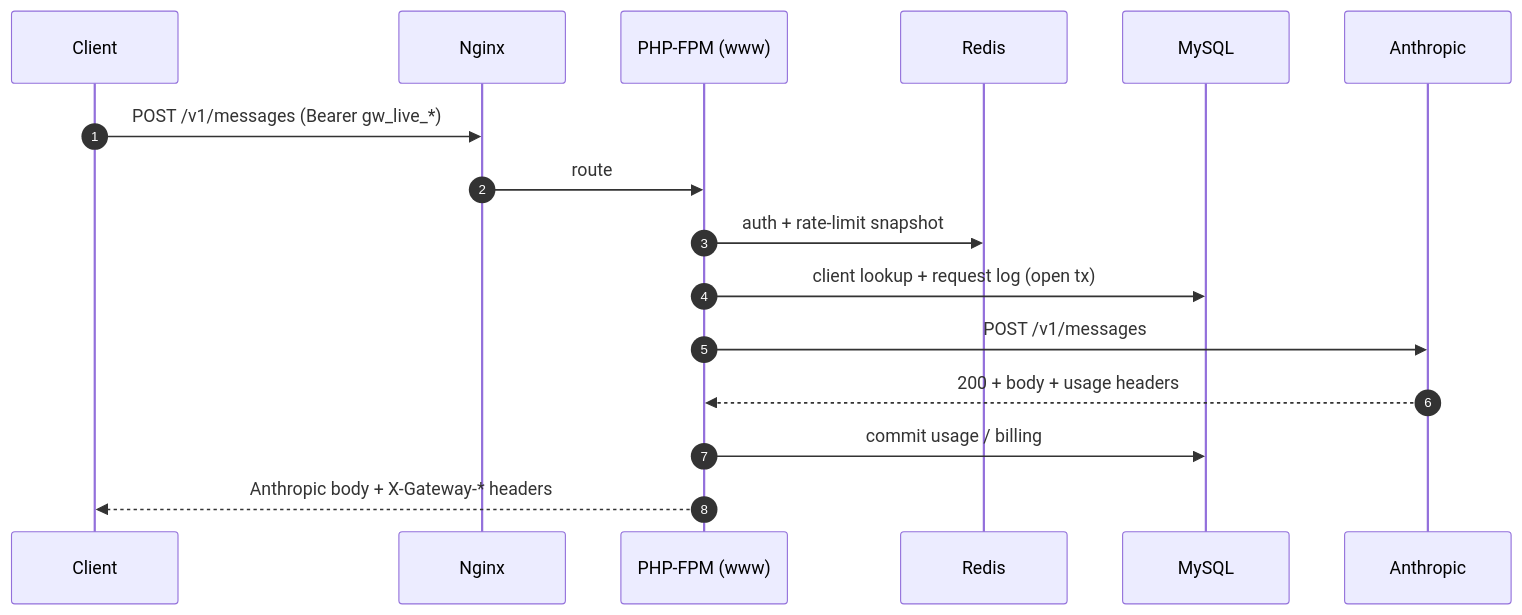
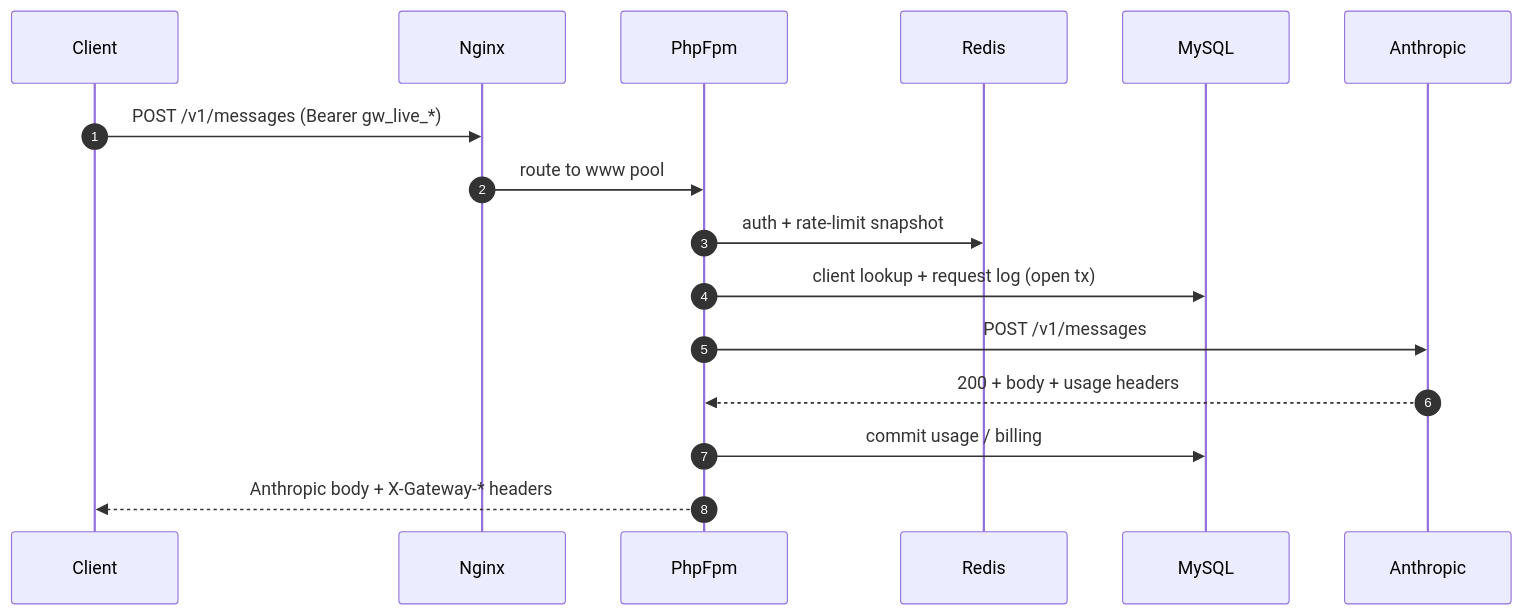
Before and after one commit to Mikhail-Litvintsev/llm_gateway: the first of 2 diagrams in README.md, drawn with Mermaid. The commit also changed other lines of this file, not shown here.

First line of the commit message:
docs(readme): use descriptive participant names in mermaid diagrams

````diff
--- a/README.md
+++ b/README.md
@@ -42,19 +42,12 @@
 ```mermaid
 sequenceDiagram
     autonumber
-    participant C as Client
-    participant N as Nginx
-    participant P as PHP-FPM (www)
-    participant R as Redis
-    participant D as MySQL
-    participant A as Anthropic
-
-    C->>N: POST /v1/messages (Bearer gw_live_*)
-    N->>P: route
-    P->>R: auth + rate-limit snapshot
-    P->>D: client lookup + request log (open tx)
-    P->>A: POST /v1/messages
-    A-->>P: 200 + body + usage headers
-    P->>D: commit usage / billing
-    P-->>C: Anthropic body + X-Gateway-* headers
+    Client->>Nginx: POST /v1/messages (Bearer gw_live_*)
+    Nginx->>PhpFpm: route to www pool
+    PhpFpm->>Redis: auth + rate-limit snapshot
+    PhpFpm->>MySQL: client lookup + request log (open tx)
+    PhpFpm->>Anthropic: POST /v1/messages
+    Anthropic-->>PhpFpm: 200 + body + usage headers
+    PhpFpm->>MySQL: commit usage / billing
+    PhpFpm-->>Client: Anthropic body + X-Gateway-* headers
 ```
````
